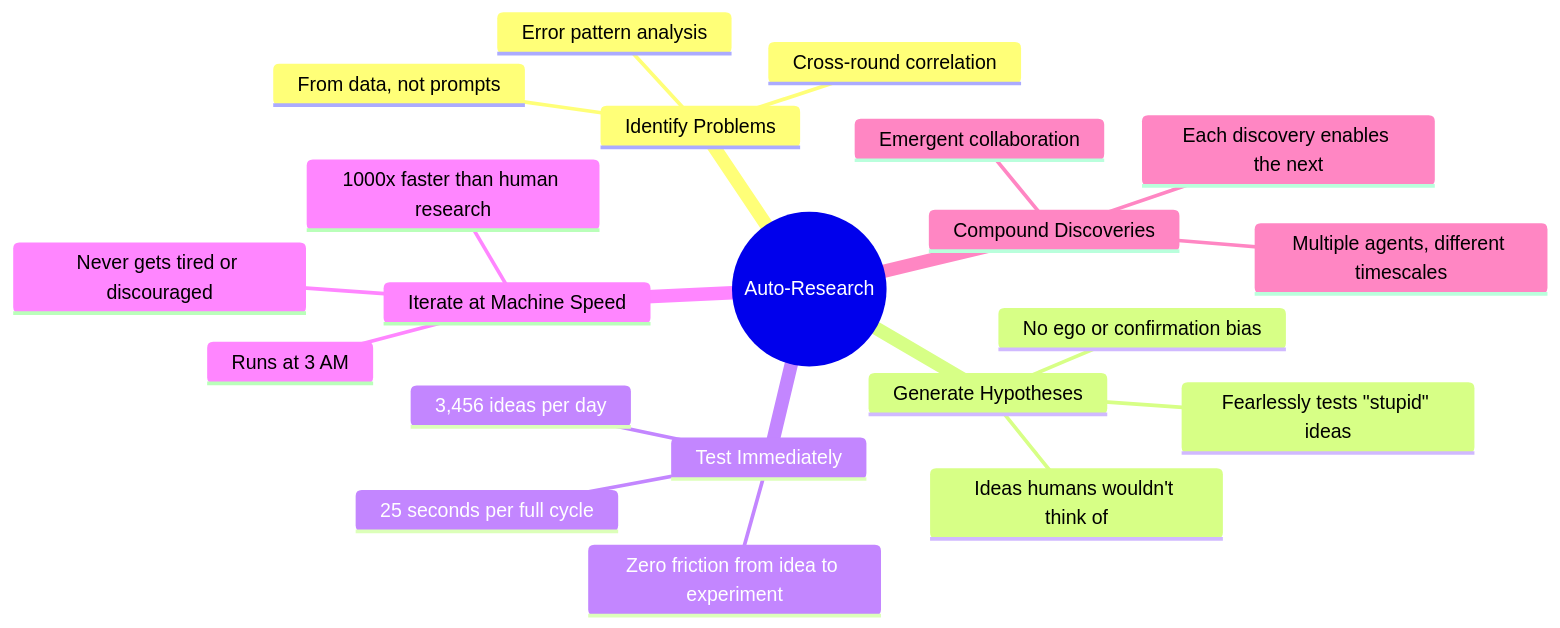
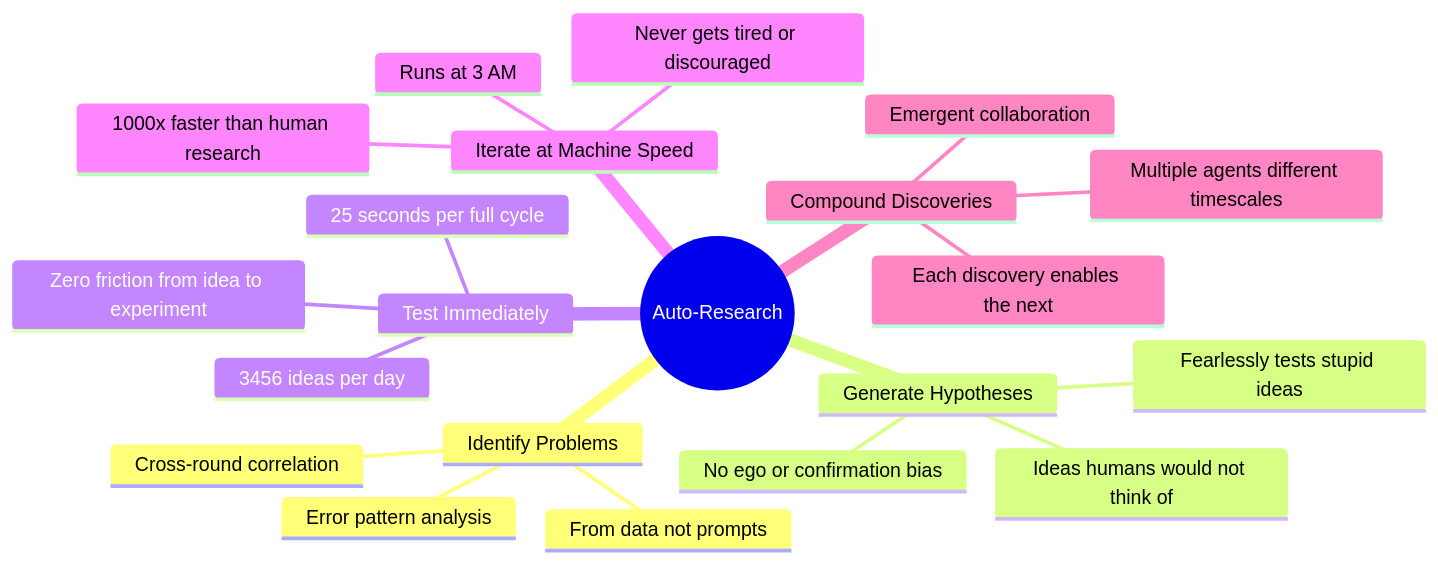
One commit to dagthomas/Synthetic_Synapses_NMIAI changed diagram 11 of 11 in dagthomas/astar-island-solution/AUTO_RESEARCH.md. Above: the diagram before and after it, drawn with Mermaid. The commit also changed other lines of this file and 2 other files, not shown here.

````diff
--- a/dagthomas/astar-island-solution/AUTO_RESEARCH.md
+++ b/dagthomas/astar-island-solution/AUTO_RESEARCH.md
@@ -331,24 +364,24 @@
 ```mermaid
 mindmap
     root((Auto-Research))
         Identify Problems
-            From data, not prompts
+            From data not prompts
             Error pattern analysis
             Cross-round correlation
         Generate Hypotheses
-            Ideas humans wouldn't think of
+            Ideas humans would not think of
             No ego or confirmation bias
-            Fearlessly tests "stupid" ideas
+            Fearlessly tests stupid ideas
         Test Immediately
             Zero friction from idea to experiment
             25 seconds per full cycle
-            3,456 ideas per day
+            3456 ideas per day
         Iterate at Machine Speed
             1000x faster than human research
             Runs at 3 AM
             Never gets tired or discouraged
         Compound Discoveries
-            Multiple agents, different timescales
+            Multiple agents different timescales
             Emergent collaboration
             Each discovery enables the next
 ```
````
